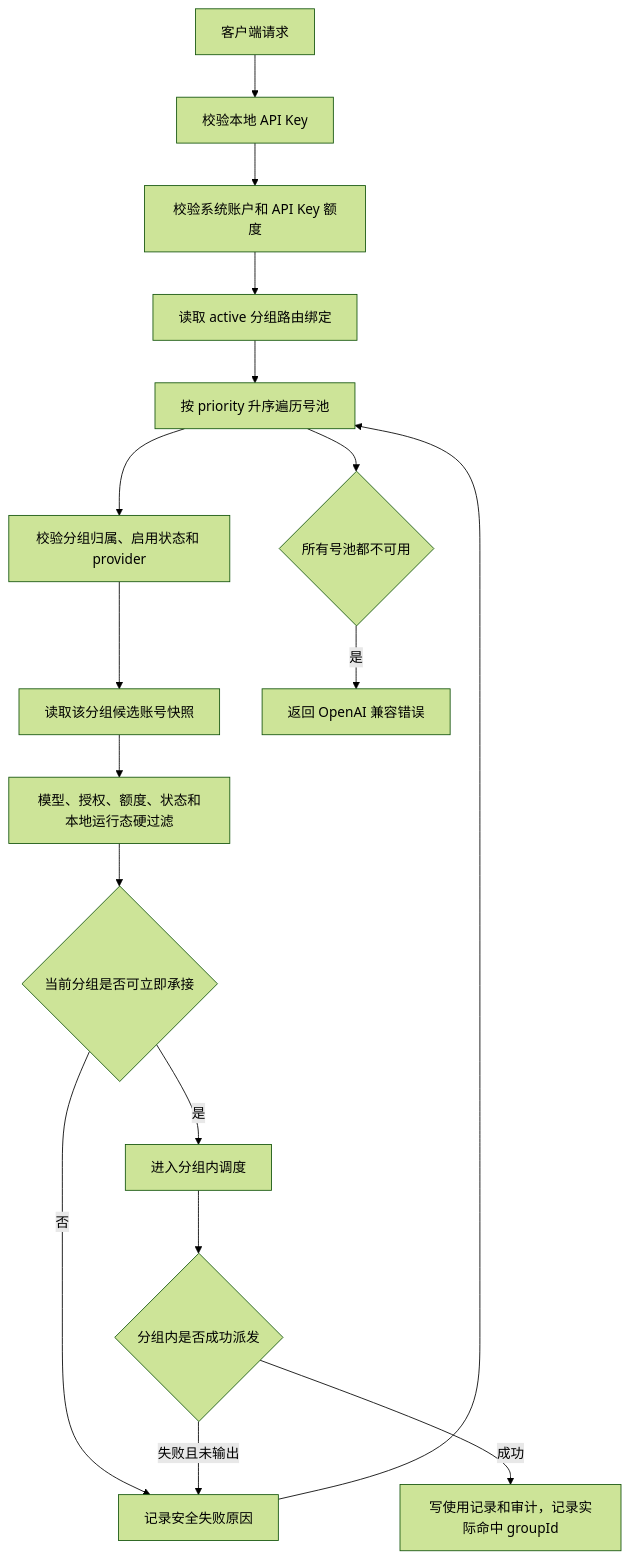
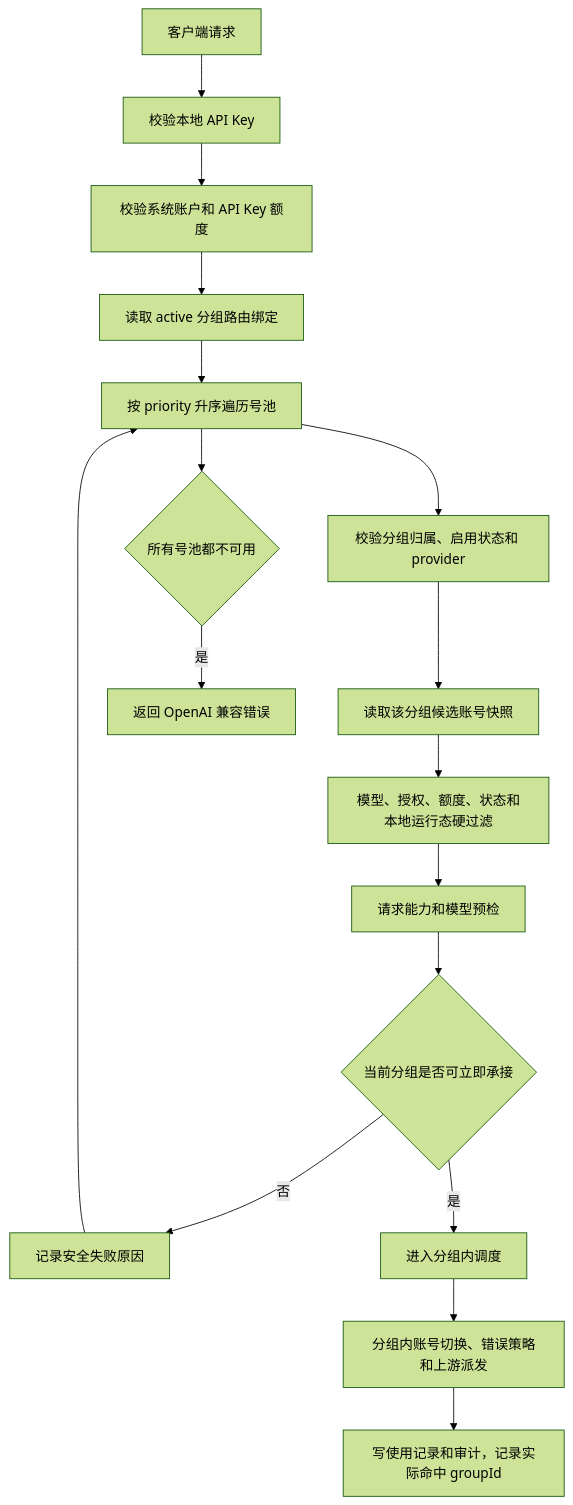
One commit to huanmin123/juhe-ai changed the diagram in docs/functions/APIKey多分组路由设计.md. Above: the diagram before and after it, drawn with Mermaid (forest theme). The commit also changed other lines of this file and 121 other files, not shown here.

````diff
--- a/docs/functions/APIKey多分组路由设计.md
+++ b/docs/functions/APIKey多分组路由设计.md
@@ -141,19 +189,19 @@
 ```mermaid
 flowchart TD
   A["客户端请求"] --> B["校验本地 API Key"]
   B --> C["校验系统账户和 API Key 额度"]
   C --> D["读取 active 分组路由绑定"]
   D --> E["按 priority 升序遍历号池"]
   E --> F["校验分组归属、启用状态和 provider"]
   F --> G["读取该分组候选账号快照"]
   G --> H["模型、授权、额度、状态和本地运行态硬过滤"]
-  H --> I{"当前分组是否可立即承接"}
-  I -- "否" --> J["记录安全失败原因"]
-  J --> E
-  I -- "是" --> K["进入分组内调度"]
-  K --> L{"分组内是否成功派发"}
-  L -- "失败且未输出" --> J
-  L -- "成功" --> M["写使用记录和审计，记录实际命中 groupId"]
-  E --> N{"所有号池都不可用"}
-  N -- "是" --> O["返回 OpenAI 兼容错误"]
+  H --> I["请求能力和模型预检"]
+  I --> J{"当前分组是否可立即承接"}
+  J -- "否" --> K["记录安全失败原因"]
+  K --> E
+  J -- "是" --> L["进入分组内调度"]
+  L --> M["分组内账号切换、错误策略和上游派发"]
+  M --> N["写使用记录和审计，记录实际命中 groupId"]
+  E --> O{"所有号池都不可用"}
+  O -- "是" --> P["返回 OpenAI 兼容错误"]
 ```
````
